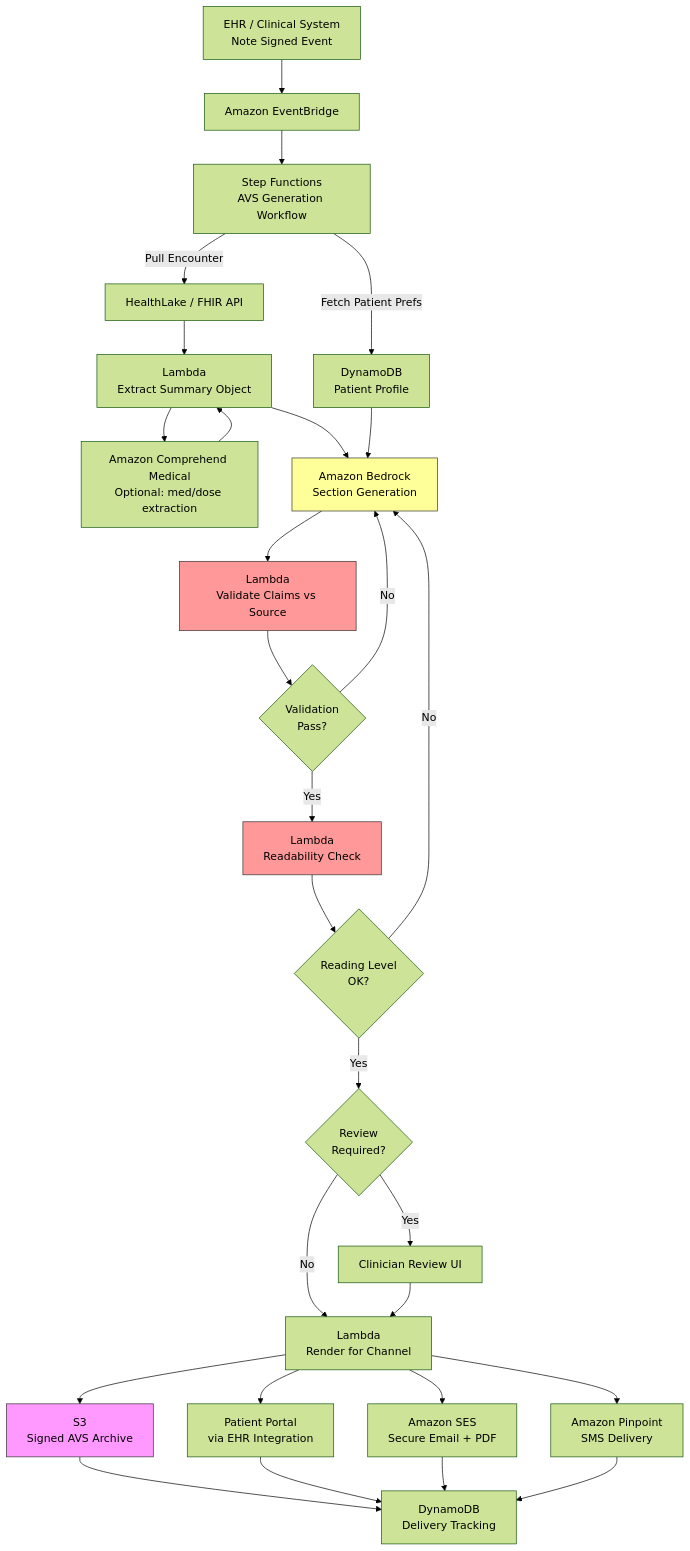
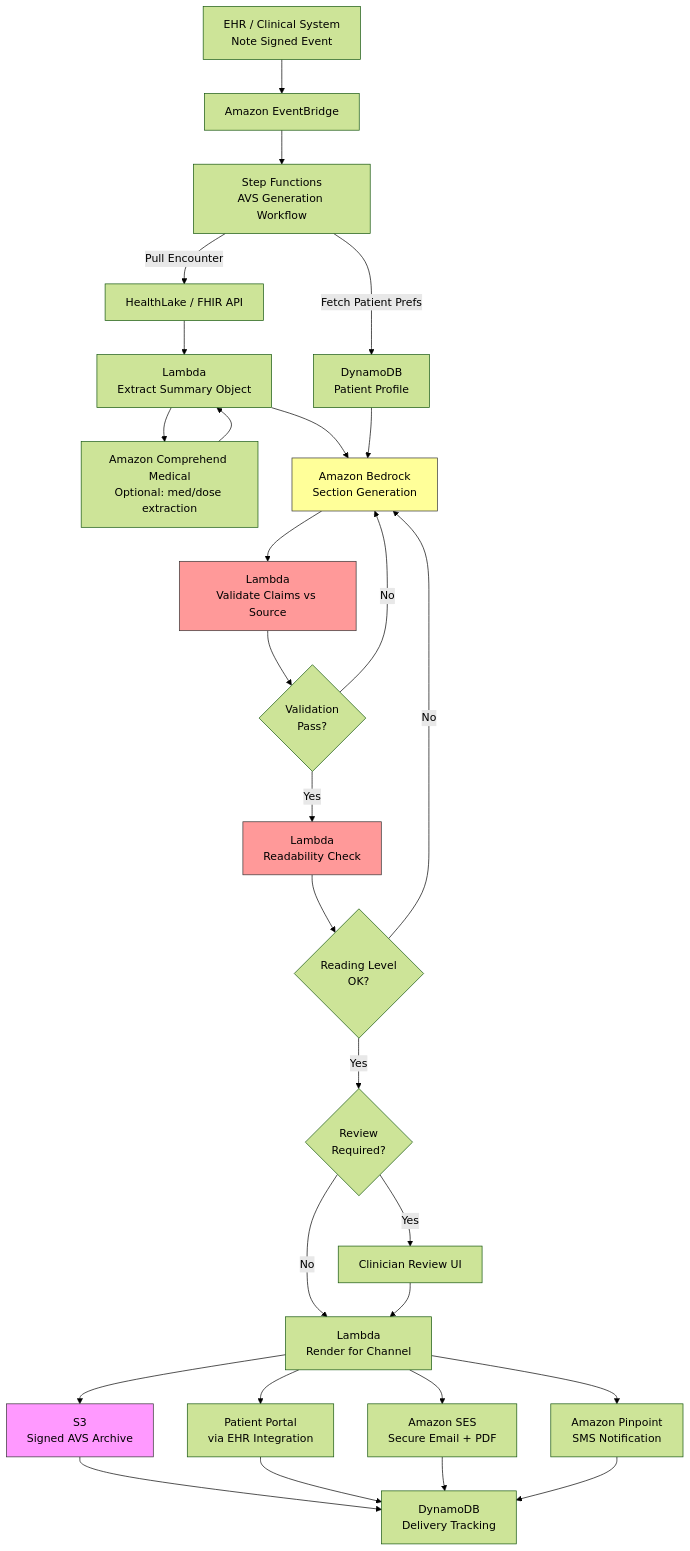
One commit to ccrngd1/HCLS-ai-book changed the diagram in chapter02.05-architecture.md. Above: the diagram before and after it, drawn with Mermaid (forest theme). The commit also changed other lines of this file and 6 other files, not shown here.

````diff
--- a/chapter02.05-architecture.md
+++ b/chapter02.05-architecture.md
@@ -37,42 +37,42 @@
 ```mermaid
 flowchart TB
     A[EHR / Clinical System<br/>Note Signed Event] --> B[Amazon EventBridge]
     B --> C[Step Functions<br/>AVS Generation Workflow]
 
     C -->|Pull Encounter| D[HealthLake / FHIR API]
     C -->|Fetch Patient Prefs| E[DynamoDB<br/>Patient Profile]
 
     D --> F[Lambda<br/>Extract Summary Object]
     F --> G[Amazon Comprehend Medical<br/>Optional: med/dose extraction]
     G --> F
 
     F --> H[Amazon Bedrock<br/>Section Generation]
     E --> H
 
     H --> I[Lambda<br/>Validate Claims vs Source]
     I --> J{Validation<br/>Pass?}
     J -->|No| H
     J -->|Yes| K[Lambda<br/>Readability Check]
     K --> L{Reading Level<br/>OK?}
     L -->|No| H
     L -->|Yes| M{Review<br/>Required?}
 
     M -->|Yes| N[Clinician Review UI]
     M -->|No| O[Lambda<br/>Render for Channel]
     N --> O
 
     O --> P[S3<br/>Signed AVS Archive]
     O --> Q[Patient Portal<br/>via EHR Integration]
     O --> R[Amazon SES<br/>Secure Email + PDF]
-    O --> S[Amazon Pinpoint<br/>SMS Delivery]
+    O --> S[Amazon Pinpoint<br/>SMS Notification]
 
     P --> T[DynamoDB<br/>Delivery Tracking]
     Q --> T
     R --> T
     S --> T
 
     style H fill:#ff9,stroke:#333
     style I fill:#f99,stroke:#333
     style K fill:#f99,stroke:#333
     style P fill:#f9f,stroke:#333
 ```
````
